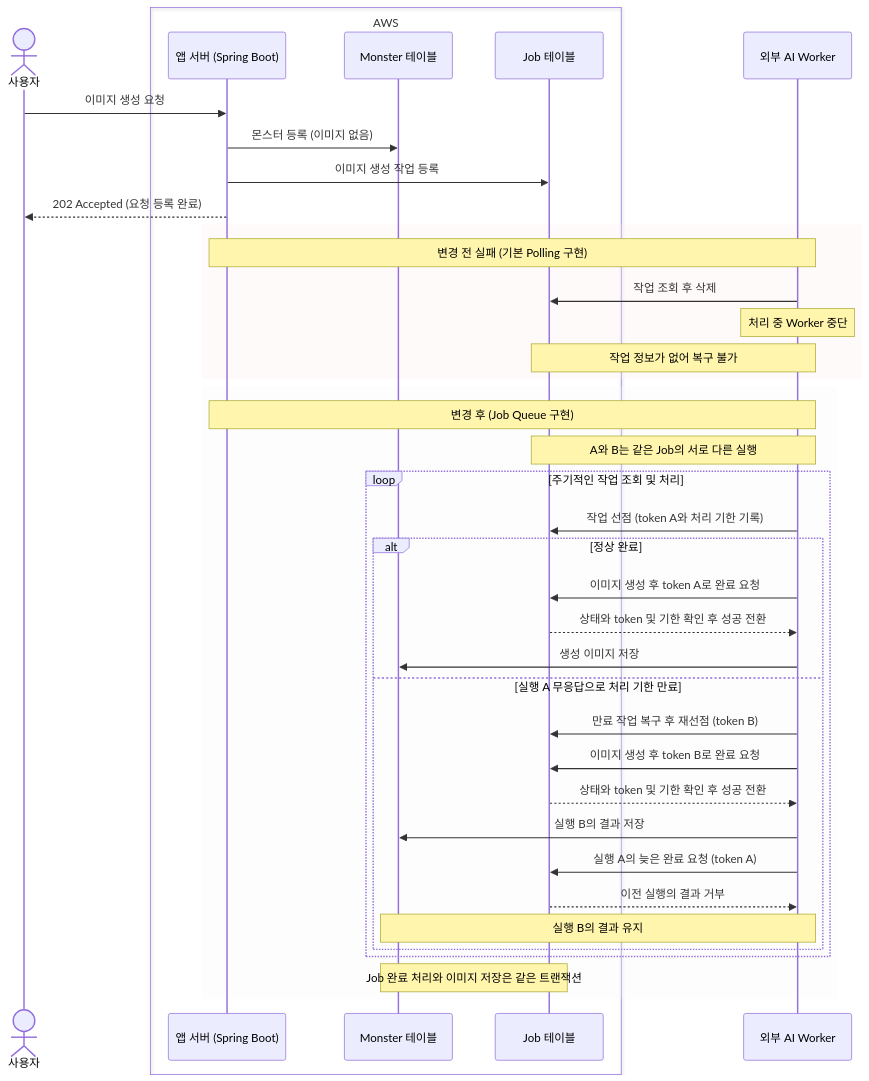
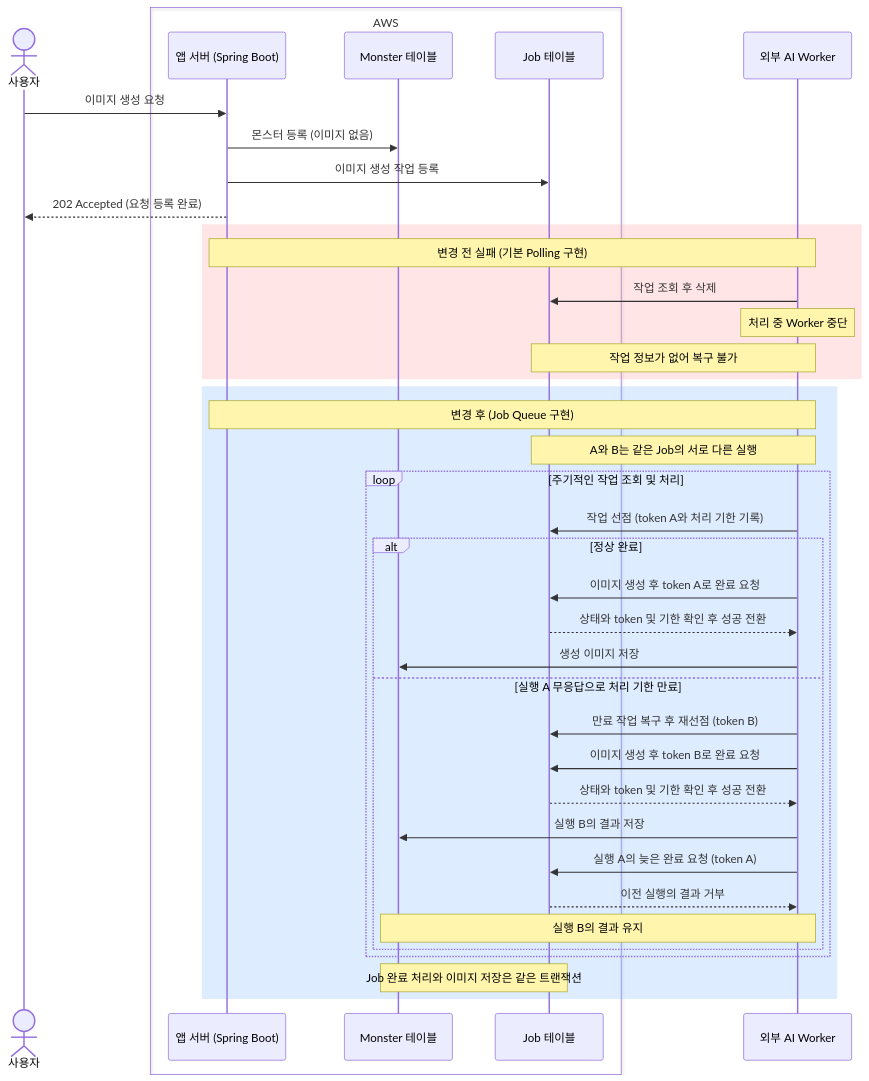
Before and after one commit to woowacourse/woowa-writing: the sixth of 6 diagrams in LEVEL4-milan.md, drawn with Mermaid.

Commit message:
docs: 시퀀스 다이어그램 수정

````diff
--- a/LEVEL4-milan.md
+++ b/LEVEL4-milan.md
@@ -231,49 +231,49 @@
 ```mermaid
 sequenceDiagram
     actor User as 사용자
 
     box AWS
         participant App as 앱 서버 (Spring Boot)
         participant Monster as Monster 테이블
         participant Job as Job 테이블
     end
 
     participant Worker as 외부 AI Worker
 
     User->>App: 이미지 생성 요청
     App->>Monster: 몬스터 등록 (이미지 없음)
     App->>Job: 이미지 생성 작업 등록
     App-->>User: 202 Accepted (요청 등록 완료)
 
-    rect rgba(255, 235, 235, 0.25)
+    rect rgba(254, 152, 152, 0.25)
         Note over App,Worker: 변경 전 실패 (기본 Polling 구현)
         Worker->>Job: 작업 조회 후 삭제
         Note over Worker: 처리 중 Worker 중단
         Note over Job,Worker: 작업 정보가 없어 복구 불가
     end
 
-    rect rgba(245, 248, 252, 0.25)
+    rect rgba(120, 178, 255, 0.25)
         Note over App,Worker: 변경 후 (Job Queue 구현)
         Note over Job,Worker: A와 B는 같은 Job의 서로 다른 실행
 
         loop 주기적인 작업 조회 및 처리
             Worker->>Job: 작업 선점 (token A와 처리 기한 기록)
 
             alt 정상 완료
                 Worker->>Job: 이미지 생성 후 token A로 완료 요청
                 Job-->>Worker: 상태와 token 및 기한 확인 후 성공 전환
                 Worker->>Monster: 생성 이미지 저장
             else 실행 A 무응답으로 처리 기한 만료
                 Worker->>Job: 만료 작업 복구 후 재선점 (token B)
                 Worker->>Job: 이미지 생성 후 token B로 완료 요청
                 Job-->>Worker: 상태와 token 및 기한 확인 후 성공 전환
                 Worker->>Monster: 실행 B의 결과 저장
                 Worker->>Job: 실행 A의 늦은 완료 요청 (token A)
                 Job-->>Worker: 이전 실행의 결과 거부
                 Note over Monster,Worker: 실행 B의 결과 유지
             end
         end
 
         Note over Monster,Job: Job 완료 처리와 이미지 저장은 같은 트랜잭션
     end
 ```
````
